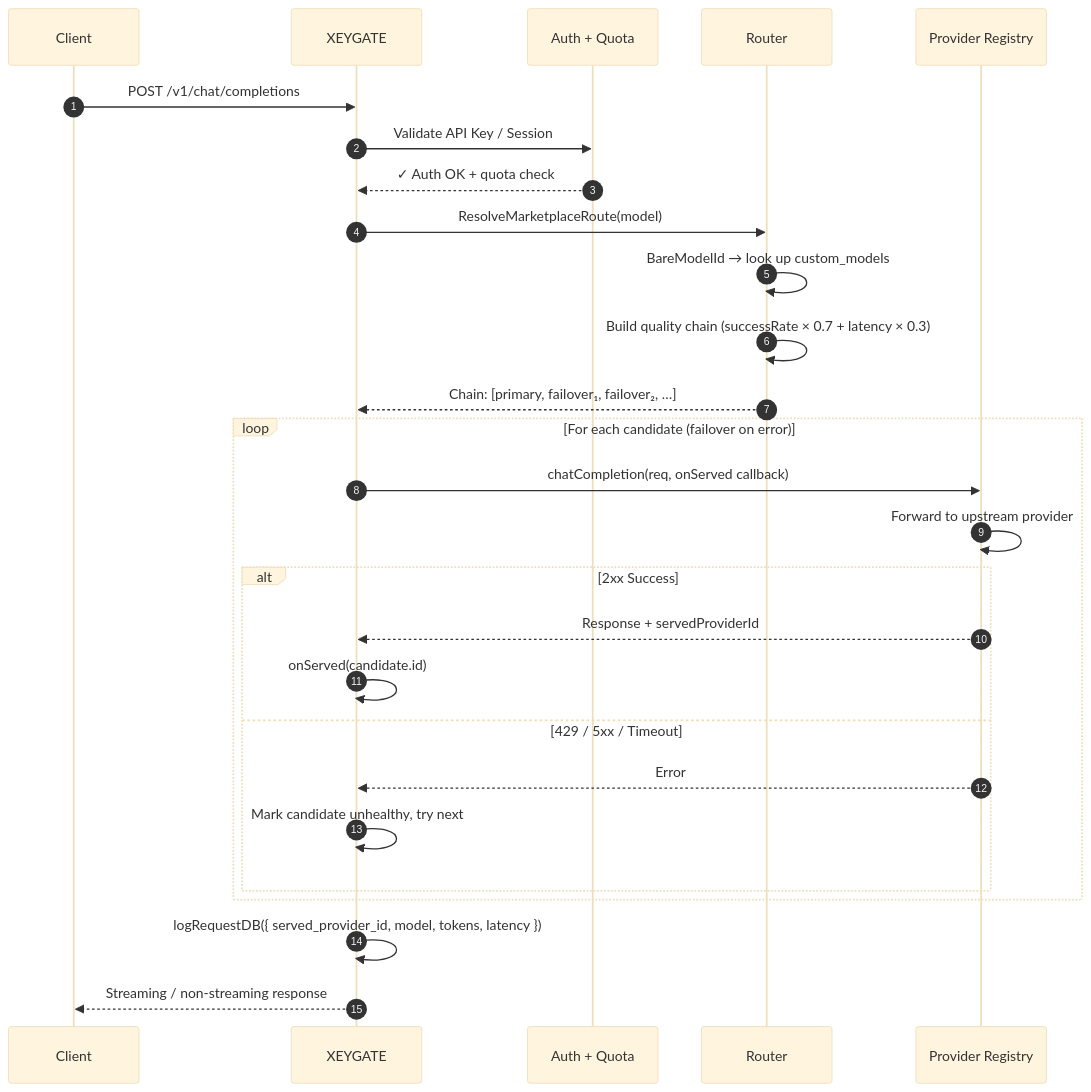
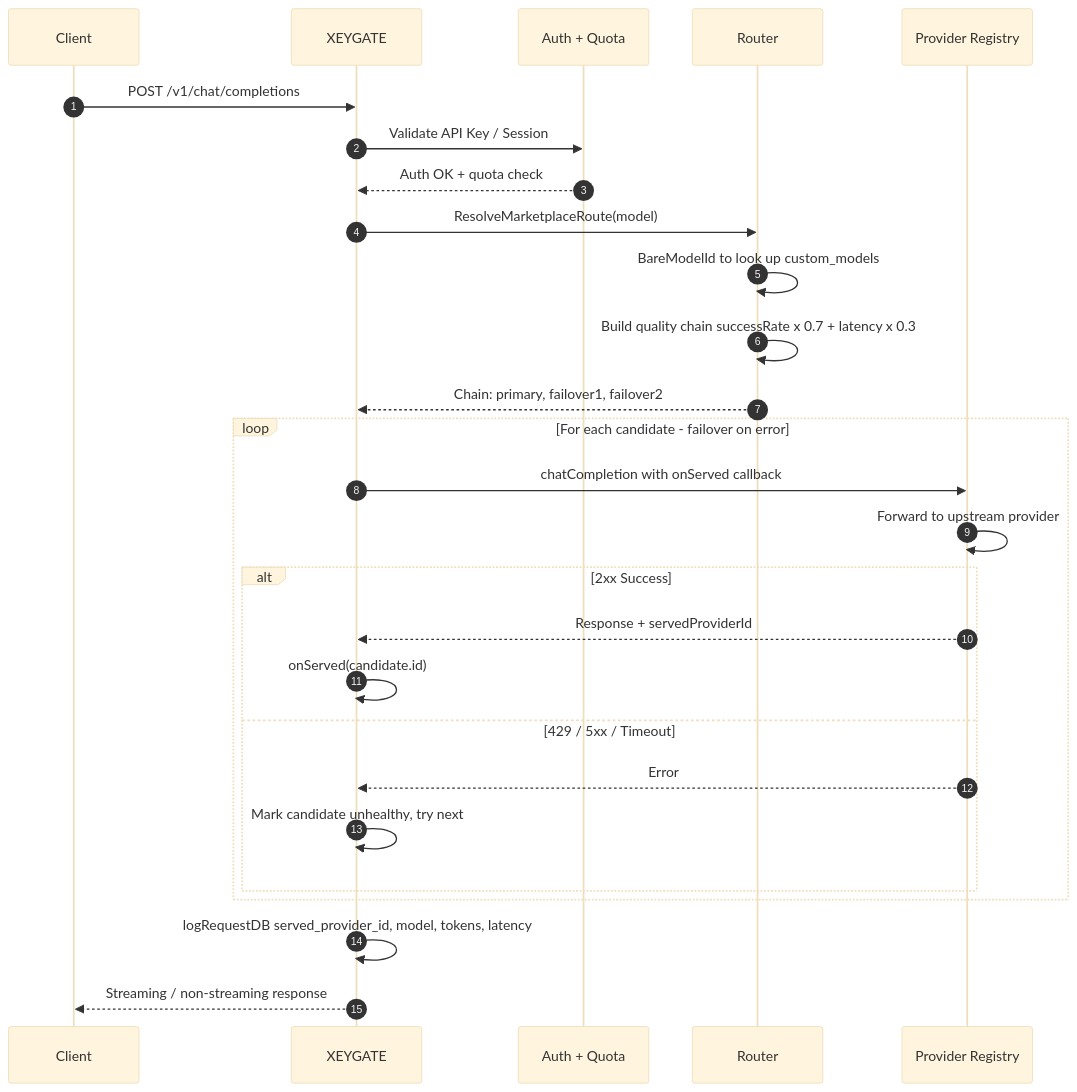
Before and after one commit to qwetls/xeygate: the third of 4 diagrams in README.md, drawn with Mermaid (base theme). The commit also changed other lines of this file, not shown here.

First line of the commit message:
fix: sanitize all 4 Mermaid diagrams for GitHub renderer

````diff
--- a/README.md
+++ b/README.md
@@ -440,33 +440,33 @@
 ```mermaid
 sequenceDiagram
     autonumber
     participant C as Client
     participant G as XEYGATE
     participant A as Auth + Quota
     participant R as Router
     participant P as Provider Registry
 
     C->>G: POST /v1/chat/completions
     G->>A: Validate API Key / Session
-    A-->>G: ✓ Auth OK + quota check
+    A-->>G: Auth OK + quota check
 
     G->>R: ResolveMarketplaceRoute(model)
-    R->>R: BareModelId → look up custom_models
-    R->>R: Build quality chain (successRate × 0.7 + latency × 0.3)
-    R-->>G: Chain: [primary, failover₁, failover₂, …]
+    R->>R: BareModelId to look up custom_models
+    R->>R: Build quality chain successRate x 0.7 + latency x 0.3
+    R-->>G: Chain: primary, failover1, failover2
 
-    loop For each candidate (failover on error)
-        G->>P: chatCompletion(req, onServed callback)
+    loop For each candidate - failover on error
+        G->>P: chatCompletion with onServed callback
         P->>P: Forward to upstream provider
         alt 2xx Success
             P-->>G: Response + servedProviderId
             G->>G: onServed(candidate.id)
         else 429 / 5xx / Timeout
             P-->>G: Error
             G->>G: Mark candidate unhealthy, try next
         end
     end
 
-    G->>G: logRequestDB({ served_provider_id, model, tokens, latency })
+    G->>G: logRequestDB served_provider_id, model, tokens, latency
     G-->>C: Streaming / non-streaming response
 ```
````
